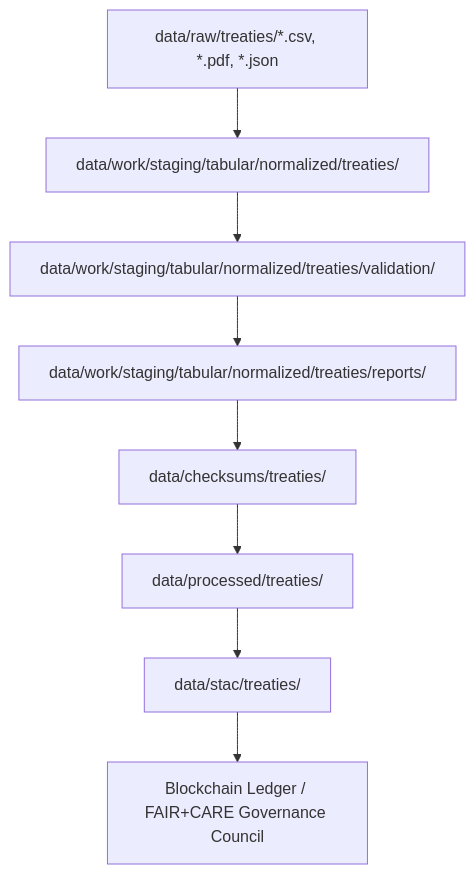
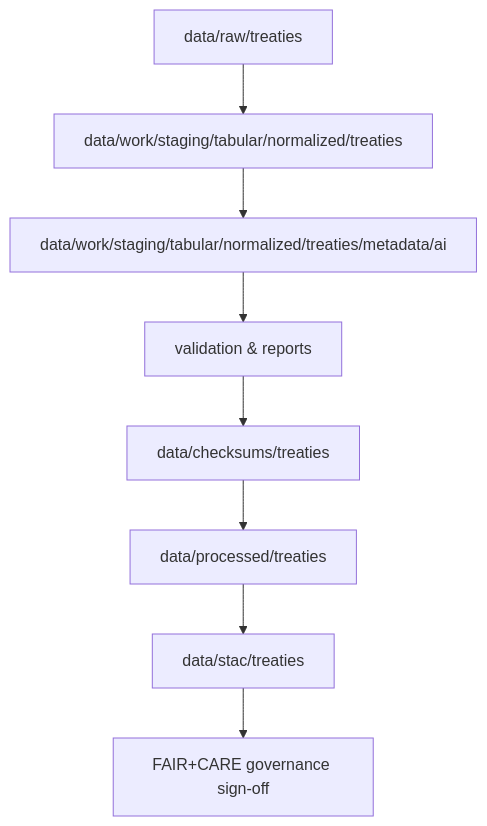
One commit to bartytime4life/Kansas-Frontier-Matrix changed the diagram in data/work/staging/tabular/normalized/treaties/metadata/ai/README.md. Above: the diagram before and after it, drawn with Mermaid. The commit also changed other lines of this file, not shown here.

````diff
--- a/data/work/staging/tabular/normalized/treaties/metadata/ai/README.md
+++ b/data/work/staging/tabular/normalized/treaties/metadata/ai/README.md
@@ -25,10 +50,10 @@
 ```mermaid
 flowchart TD
-    A[data/raw/treaties/*.csv, *.pdf, *.json] --> B[data/work/staging/tabular/normalized/treaties/]
-    B --> C[data/work/staging/tabular/normalized/treaties/validation/]
-    C --> D[data/work/staging/tabular/normalized/treaties/reports/]
-    D --> E[data/checksums/treaties/]
-    E --> F[data/processed/treaties/]
-    F --> G[data/stac/treaties/]
-    G --> H[Blockchain Ledger / FAIR+CARE Governance Council]
+    A[data/raw/treaties] --> B[data/work/staging/tabular/normalized/treaties]
+    B --> C[data/work/staging/tabular/normalized/treaties/metadata/ai]
+    C --> D[validation & reports]
+    D --> E[data/checksums/treaties]
+    E --> F[data/processed/treaties]
+    F --> G[data/stac/treaties]
+    G --> H[FAIR+CARE governance sign-off]
 ```
````
